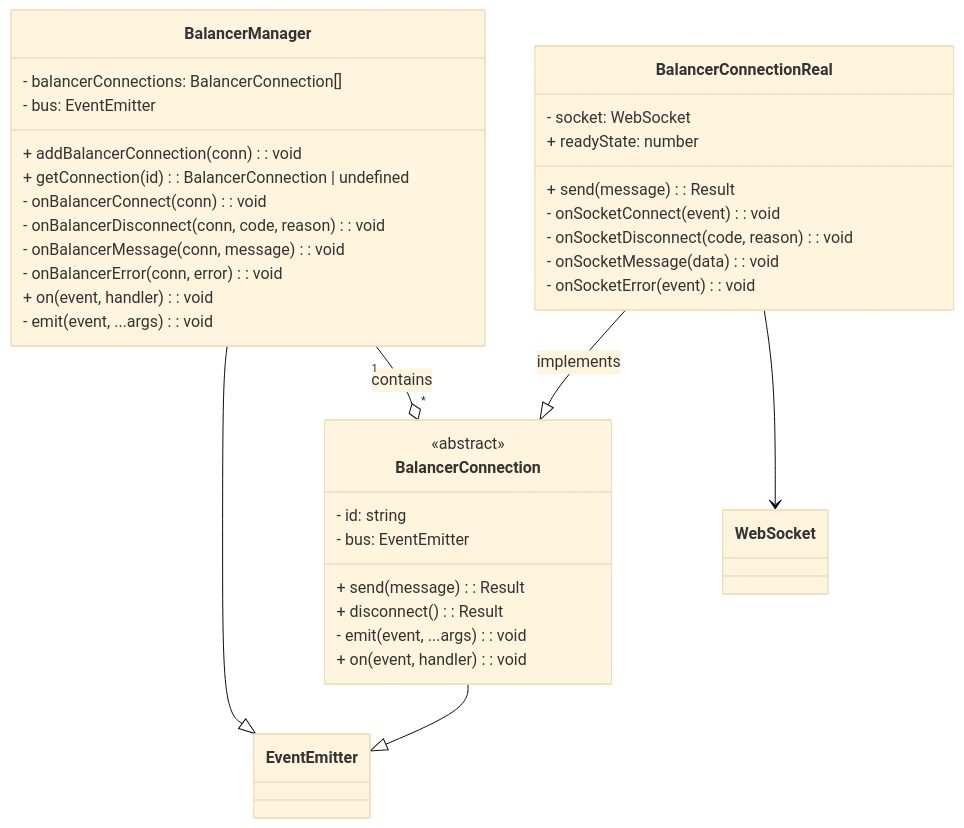
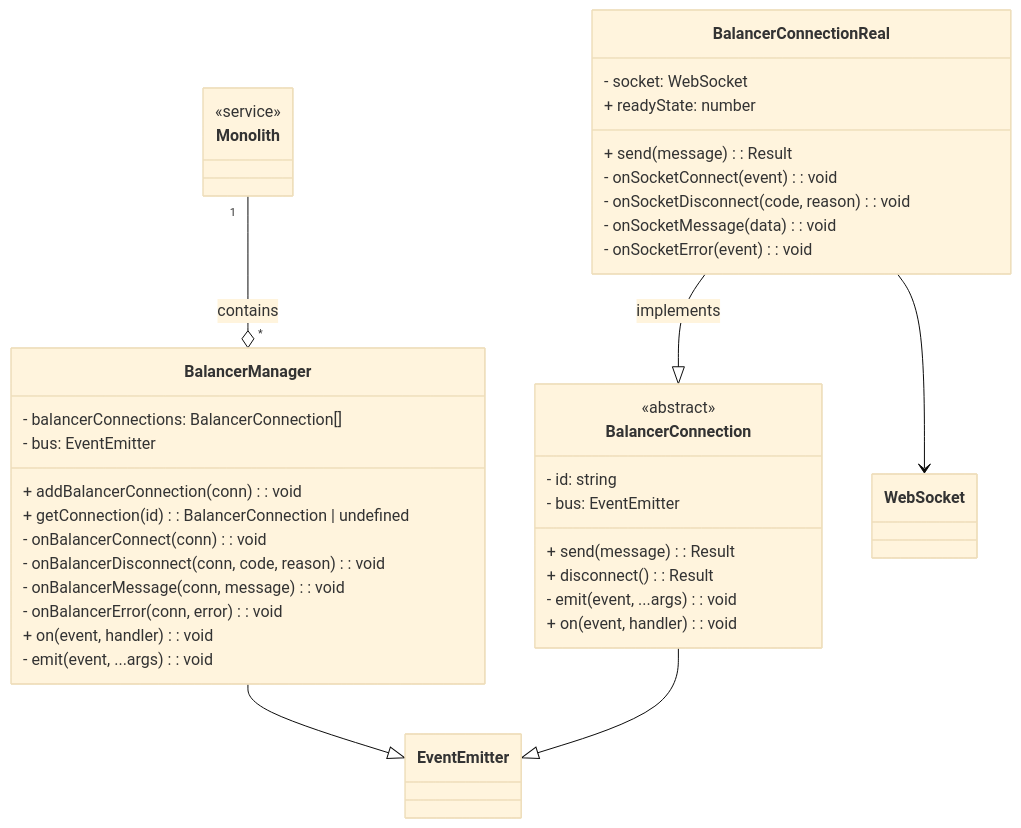
One commit to dyc3/senior-design changed the diagram in figures/manage-balanacer-connections-class.mmd. Above: the diagram before and after it, drawn with Mermaid (base theme). The commit also changed 3 other files, not shown here.

```diff
--- a/figures/manage-balanacer-connections-class.mmd
+++ b/figures/manage-balanacer-connections-class.mmd
@@ -1,49 +1,52 @@
 classDiagram
+    class Monolith {
+        <<service>>
+    }
+
     class BalancerManager {
         - balancerConnections: BalancerConnection[]
         - bus: EventEmitter
         + addBalancerConnection(conn): void
         + getConnection(id): BalancerConnection | undefined
         - onBalancerConnect(conn): void
         - onBalancerDisconnect(conn, code, reason): void
         - onBalancerMessage(conn, message): void
         - onBalancerError(conn, error): void
         + on(event, handler): void
         - emit(event, ...args): void
     }
 
     class BalancerConnection {
         <<abstract>>
         - id: string
         - bus: EventEmitter
         + send(message): Result<void, Error>
         + disconnect(): Result<void, Error>
         - emit(event, ...args): void
         + on(event, handler): void
     }
 
     class BalancerConnectionReal {
         - socket: WebSocket
         + readyState: number
         + send(message): Result<void, Error>
         - onSocketConnect(event): void
         - onSocketDisconnect(code, reason): void
         - onSocketMessage(data): void
         - onSocketError(event): void
     }
 
     class EventEmitter {
 
     }
 
     class WebSocket {
         
     }
 
-
+    Monolith "1" --o "*" BalancerManager : contains
 
     BalancerManager --|> EventEmitter
     BalancerConnection --|> EventEmitter
     BalancerConnectionReal --|> BalancerConnection : implements
     BalancerConnectionReal --> WebSocket
-    BalancerManager "1" --o "*" BalancerConnection : contains
```
